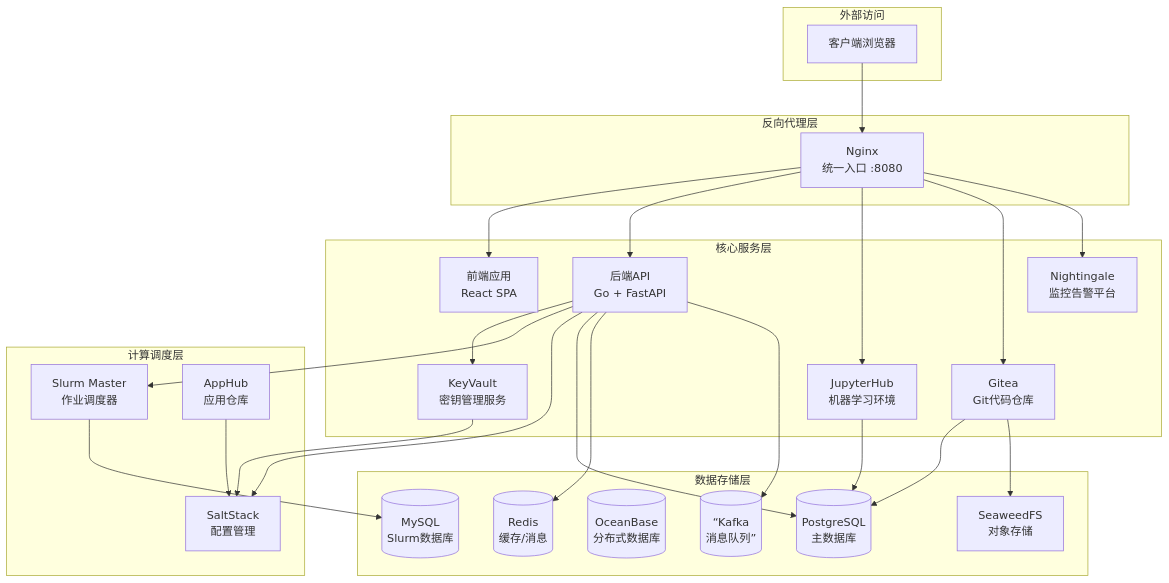
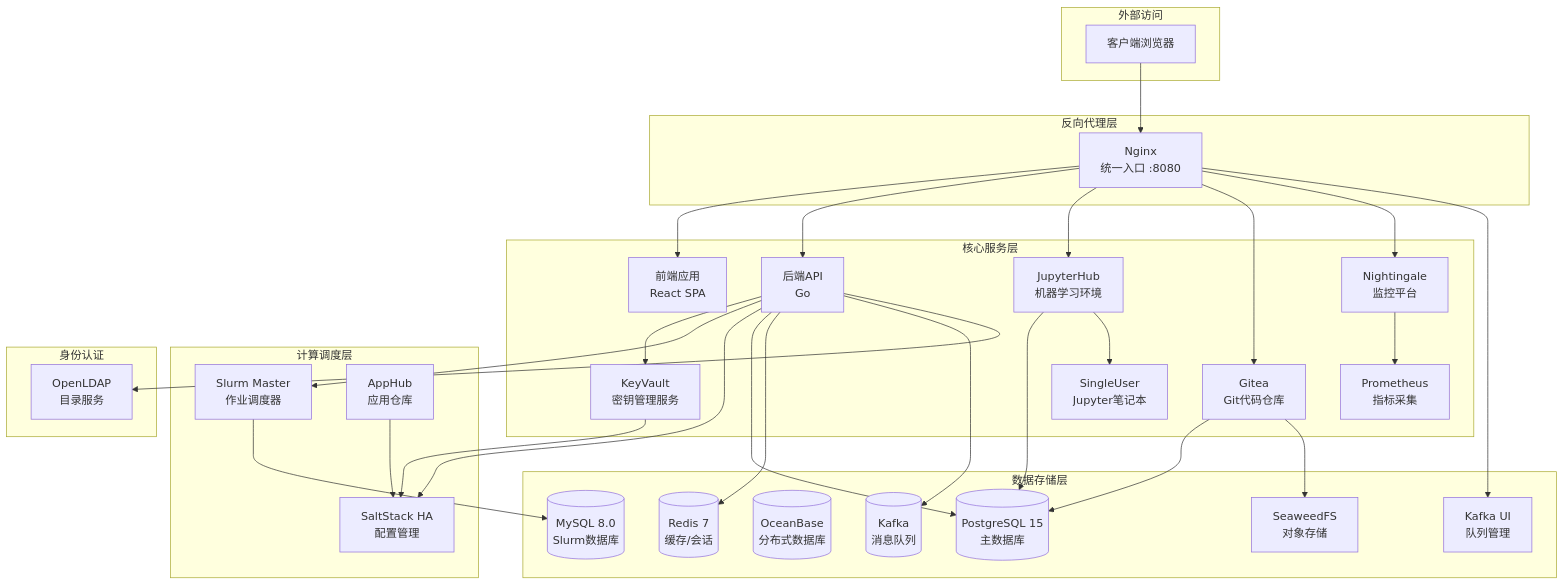
Before and after one commit to aresnasa/ai-infra-matrix: the first of 2 diagrams in README_zh_CN.md, drawn with Mermaid. The commit also changed other lines of this file and 1 other file, not shown here.

````diff
--- a/README_zh_CN.md
+++ b/README_zh_CN.md
@@ -47,55 +47,66 @@
 ```mermaid
 graph TB
     subgraph "外部访问"
         Client[客户端浏览器]
     end
     
     subgraph "反向代理层"
         Nginx[Nginx<br/>统一入口 :8080]
     end
     
     subgraph "核心服务层"
         Frontend[前端应用<br/>React SPA]
-        Backend[后端API<br/>Go + FastAPI]
+        Backend[后端API<br/>Go]
         KeyVault[KeyVault<br/>密钥管理服务]
         JupyterHub[JupyterHub<br/>机器学习环境]
+        SingleUser[SingleUser<br/>Jupyter笔记本]
         Gitea[Gitea<br/>Git代码仓库]
-        Nightingale[Nightingale<br/>监控告警平台]
+        Nightingale[Nightingale<br/>监控平台]
+        Prometheus[Prometheus<br/>指标采集]
     end
     
     subgraph "计算调度层"
         SlurmMaster[Slurm Master<br/>作业调度器]
-        SaltStack[SaltStack<br/>配置管理]
+        SaltStack[SaltStack HA<br/>配置管理]
         AppHub[AppHub<br/>应用仓库]
     end
     
     subgraph "数据存储层"
-        Postgres[(PostgreSQL<br/>主数据库)]
-        MySQL[(MySQL<br/>Slurm数据库)]
+        Postgres[(PostgreSQL 15<br/>主数据库)]
+        MySQL[(MySQL 8.0<br/>Slurm数据库)]
         OceanBase[(OceanBase<br/>分布式数据库)]
-        Redis[(Redis<br/>缓存/消息)]
-        Kafka[(“Kafka<br/>消息队列”)]
+        Redis[(Redis 7<br/>缓存/会话)]
+        Kafka[(Kafka<br/>消息队列)]
+        KafkaUI[Kafka UI<br/>队列管理]
         SeaweedFS[SeaweedFS<br/>对象存储]
+    end
+    
+    subgraph "身份认证"
+        OpenLDAP[OpenLDAP<br/>目录服务]
     end
     
     Client --> Nginx
     Nginx --> Frontend
     Nginx --> Backend
     Nginx --> JupyterHub
     Nginx --> Gitea
     Nginx --> Nightingale
+    Nginx --> KafkaUI
     
     Backend --> KeyVault
     Backend --> SlurmMaster
     Backend --> SaltStack
     Backend --> Postgres
     Backend --> Redis
     Backend --> Kafka
+    Backend --> OpenLDAP
     
     KeyVault --> SaltStack
     JupyterHub --> Postgres
+    JupyterHub --> SingleUser
+    Nightingale --> Prometheus
     Gitea --> Postgres
     Gitea --> SeaweedFS
     SlurmMaster --> MySQL
     AppHub --> SaltStack
 ```
````
